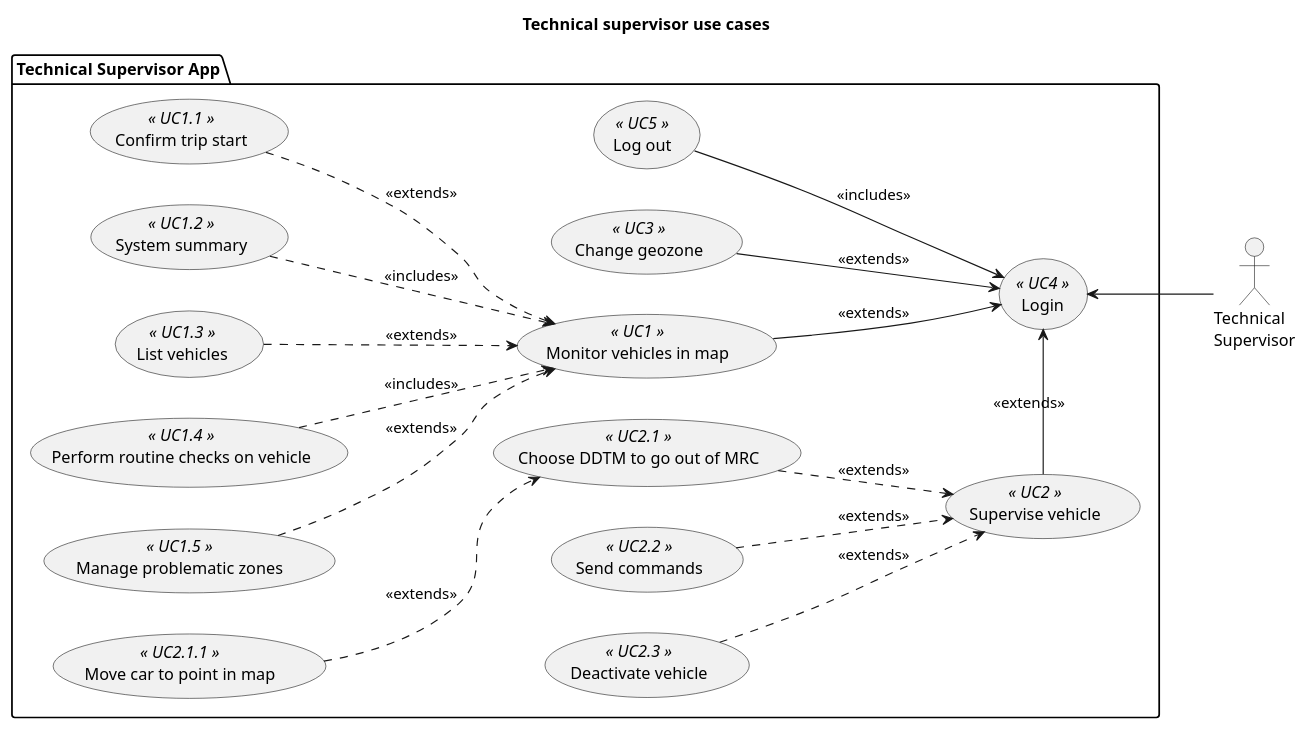
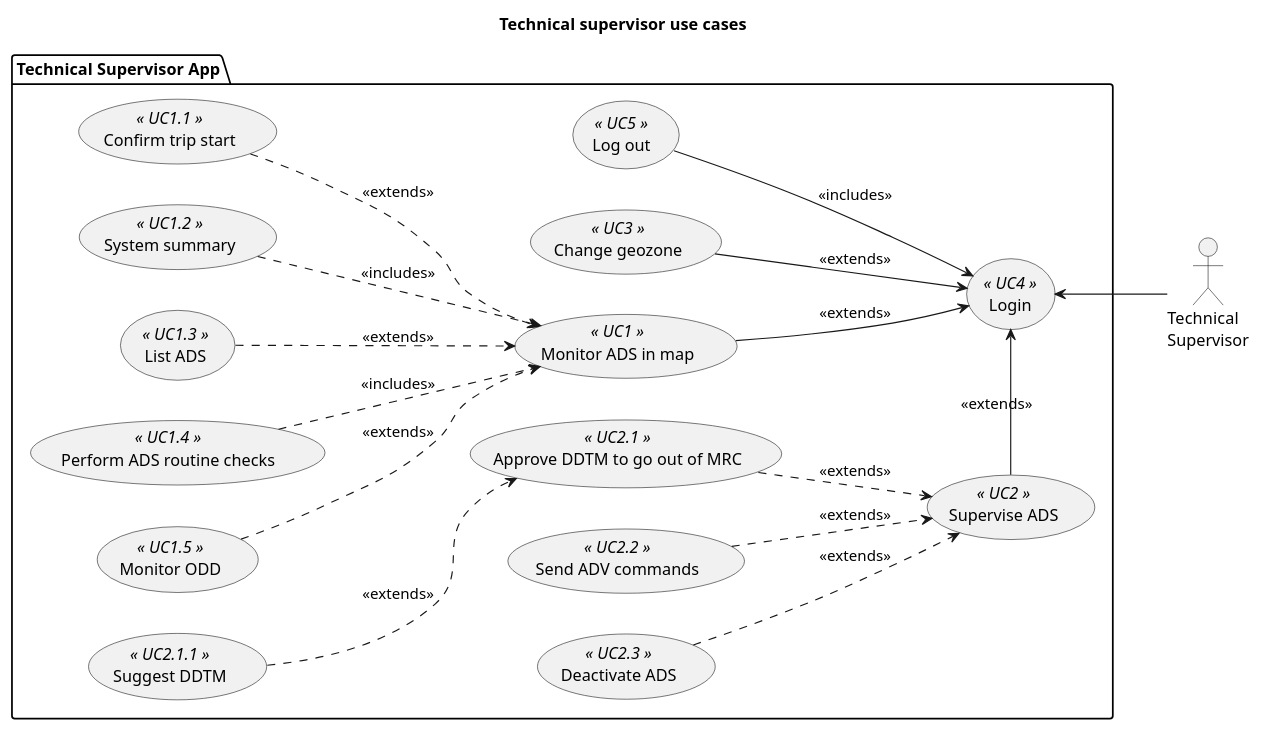
Before and after one commit to bruno-motorai/uml: the diagram in technical_supervisor/use_cases.pu, drawn with PlantUML. The commit also changed 2 other files, not shown here.

Commit message:
Clean states diagram; Add car states to ERS diagram

```diff
--- a/technical_supervisor/use_cases.pu
+++ b/technical_supervisor/use_cases.pu
@@ -1,52 +1,53 @@
 @startuml ts_use_cases
 title Technical supervisor use cases
 
 left to right direction
 
 actor :Technical\nSupervisor: as TS1
 
 package "Technical Supervisor App" {
     usecase UC4 as (Login) <<  UC4  >>
     usecase UC5 as (Log out) <<  UC5  >>
-    usecase UC1 as (Monitor vehicles in map)<<  UC1  >>
-    usecase UC2 as (Supervise vehicle) <<  UC2  >>
+    usecase UC1 as (Monitor ADS in map)<<  UC1  >>
+    usecase UC2 as (Supervise ADS) <<  UC2  >>
     usecase UC3 as (Change geozone) <<  UC3  >>
 
     ' Supervise system
     usecase UC100 as (Confirm trip start) <<  UC1.1  >>
     usecase UC101 as (System summary) <<  UC1.2  >>
-    usecase UC102 as (List vehicles) <<  UC1.3  >>
-    ' UC103 as  usecase "Confirm vehicle DDT" as 
-    usecase UC104 as (Perform routine checks on vehicle) <<  UC1.4  >>
-    usecase  UC105 as (Manage problematic zones) <<  UC1.5  >>
+    usecase UC102 as (List ADS) <<  UC1.3  >>
+    ' UC103 as  usecase "Confirm ADS DDT" as 
+    usecase UC104 as (Perform ADS routine checks) <<  UC1.4  >>
+    usecase UC105 as (Monitor ODD) <<  UC1.5  >>
 
-    ' Supervise vehicle
-    usecase UC202 as (Choose DDTM to go out of MRC) <<  UC2.1  >>
+    ' Supervise ADS
+    usecase UC202 as (Approve DDTM to go out of MRC) <<  UC2.1  >>
 
-    ' Vehicle actions
-    usecase UC303 as (Move car to point in map) <<  UC2.1.1  >>
-    usecase UC304 as (Send commands) <<  UC2.2  >>
-    usecase UC305 as (Deactivate vehicle) <<  UC2.3  >>
+    ' ADS actions
+    usecase UC303 as (Suggest DDTM) <<  UC2.1.1  >>
+    usecase UC304 as (Send ADV commands) <<  UC2.2  >>
+    usecase UC305 as (Deactivate ADS) <<  UC2.3  >>
+    ' usecase UC304 as (Send ADS commands) <<  UC2.2  >>
 }
 
 ' User connections
 TS1 -up-> UC4
 UC2 -> UC4 : <<extends>> 
 UC1 --> UC4 : <<extends>> 
 UC3 --> UC4 : <<extends>> 
 UC5 --> UC4 : <<includes>>
 
 ' Supervise system
 UC100 --> UC1 #line.dashed : <<extends>>
 UC101 --> UC1 #line.dashed : <<includes>>
 UC102 --> UC1 #line.dashed : <<extends>>
 UC104 --> UC1 #line.dashed : <<includes>>
 UC105 --> UC1 #line.dashed : <<extends>>
 
-' Supervise vehicle
+' Supervise ADS
 UC202 --> UC2 #line.dashed : <<extends>>
 UC303 --> UC202 #line.dashed : <<extends>>
 UC304 --> UC2 #line.dashed : <<extends>>
 UC305 --> UC2 #line.dashed : <<extends>>
 
 @enduml
```
